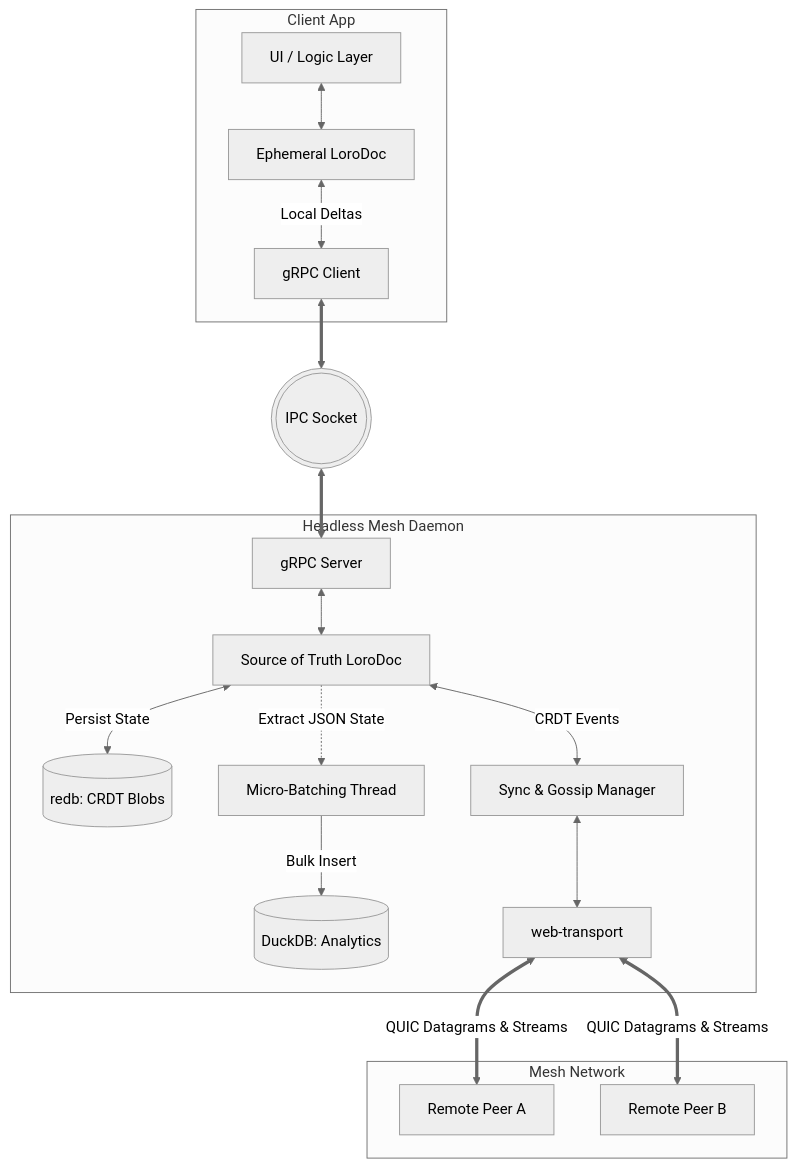
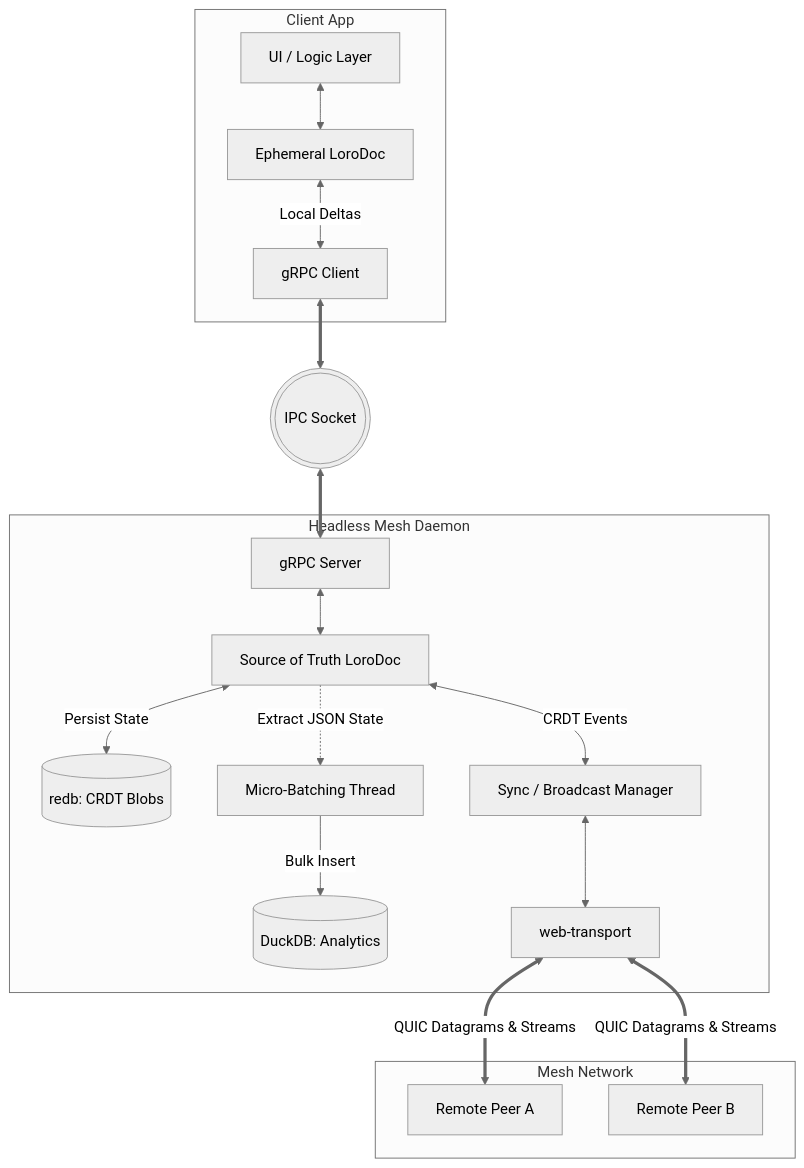
One commit to yankeeinlondon/rusty-biscuit changed the first of 2 diagrams in claudine/features/2026-05-24-remote-signal/spec.md. Above: the diagram before and after it, drawn with Mermaid (neutral theme). The commit also changed other lines of this file and 1 other file, not shown here.

````diff
--- a/claudine/features/2026-05-24-remote-signal/spec.md
+++ b/claudine/features/2026-05-24-remote-signal/spec.md
@@ -65,49 +65,49 @@
 ```mermaid
 graph TD
     %% Client Tier
     subgraph Client App
         UI[UI / Logic Layer]
         EphLoro[Ephemeral LoroDoc]
         gRPC_Client[gRPC Client]
     end
 
     %% IPC boundary
     IPC(((IPC Socket)))
 
     %% Daemon Tier
     subgraph Headless Mesh Daemon
         gRPC_Server[gRPC Server]
         TrueLoro[Source of Truth LoroDoc]
         
         %% Storage CQRS
         DB_KV[(redb: CRDT Blobs)]
         DB_SQL[(DuckDB: Analytics)]
         Batcher[Micro-Batching Thread]
         
         %% Network
-        SyncMgr[Sync & Gossip Manager]
+        SyncMgr[Sync / Broadcast Manager]
         WT[web-transport]
     end
 
     %% Mesh Network
     subgraph Mesh Network
         PeerA[Remote Peer A]
         PeerB[Remote Peer B]
     end
 
     %% Data Flows
     UI <--> EphLoro
     EphLoro <-->|"Local Deltas"| gRPC_Client
     gRPC_Client <==> IPC <==> gRPC_Server
     
     gRPC_Server <--> TrueLoro
     TrueLoro <-->|"Persist State"| DB_KV
     
     TrueLoro -.->|"Extract JSON State"| Batcher
     Batcher -->|"Bulk Insert"| DB_SQL
     
     TrueLoro <-->|"CRDT Events"| SyncMgr
     SyncMgr <--> WT
     WT <==>|"QUIC Datagrams & Streams"| PeerA
     WT <==>|"QUIC Datagrams & Streams"| PeerB
 ```
````
